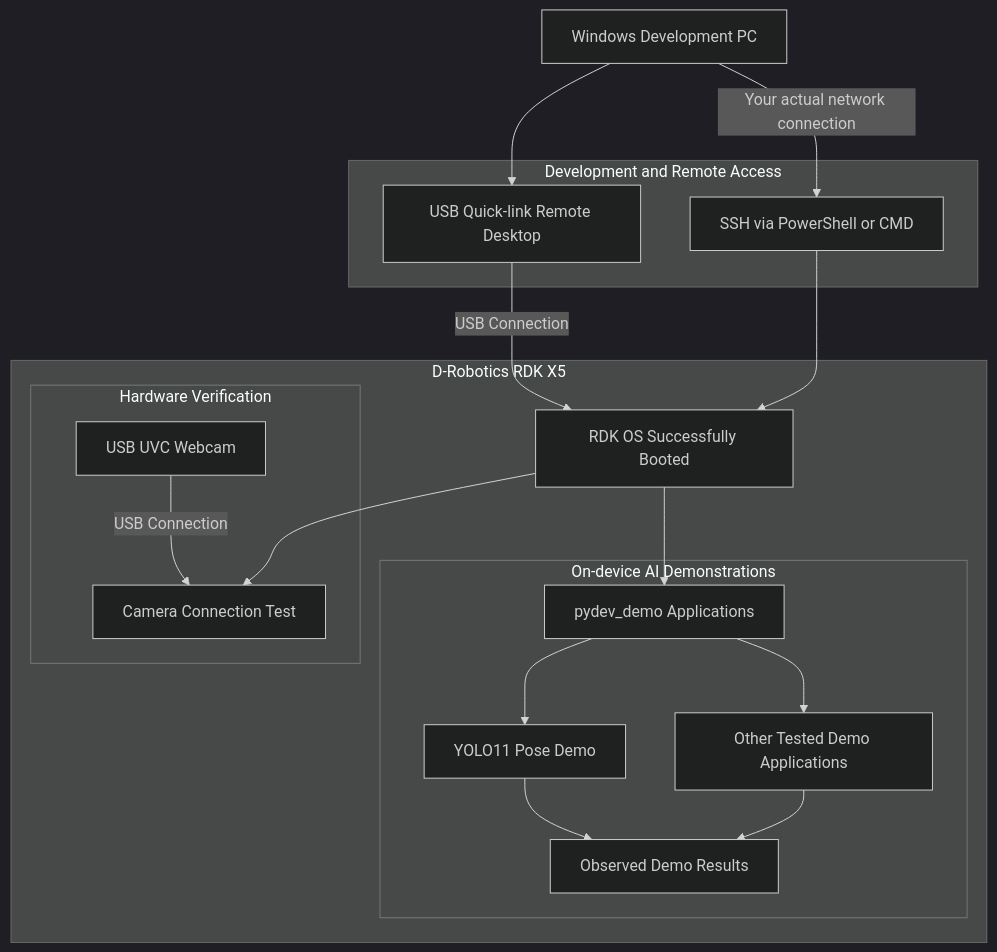
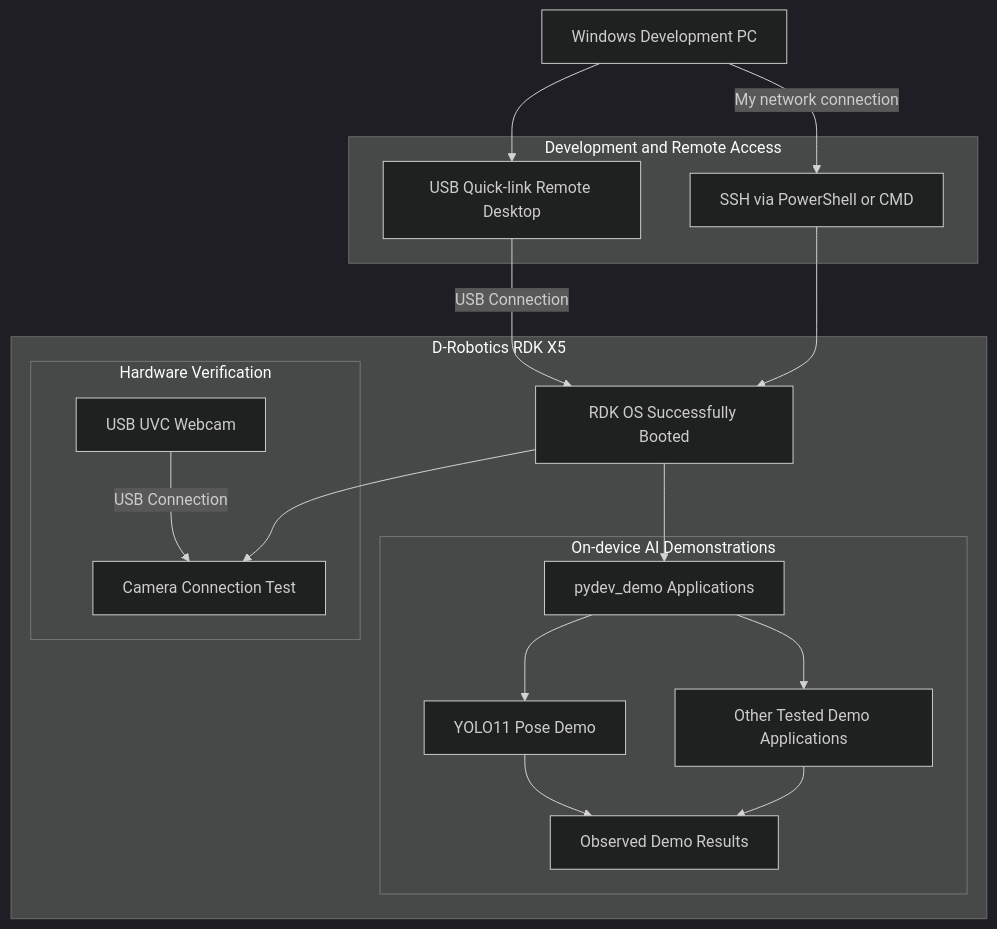
Before and after one commit to D-Robotics/Robotics-Dream-Keeper-Challenge-Winter: the diagram in projects/Mark-Project-rdk-x5-stage1-demo.md, drawn with Mermaid (dark theme).

````diff
--- a/projects/Mark-Project-rdk-x5-stage1-demo.md
+++ b/projects/Mark-Project-rdk-x5-stage1-demo.md
@@ -32,44 +32,44 @@
 ```mermaid
 flowchart TB
 
     PC["Windows Development PC"]
 
     subgraph ACCESS["Development and Remote Access"]
         QUICK["USB Quick-link Remote Desktop"]
         SSH["SSH via PowerShell or CMD"]
     end
 
     subgraph BOARD["D-Robotics RDK X5"]
 
         OS["RDK OS Successfully Booted"]
 
         subgraph HARDWARE["Hardware Verification"]
             CAMERA["USB UVC Webcam"]
             CAMTEST["Camera Connection Test"]
         end
 
         subgraph AI["On-device AI Demonstrations"]
             PYDEV["pydev_demo Applications"]
             YOLO["YOLO11 Pose Demo"]
             OTHER["Other Tested Demo Applications"]
             OUTPUT["Observed Demo Results"]
         end
 
     end
 
     PC --> QUICK
     QUICK -->|"USB Connection"| OS
 
-    PC -->|"Your actual network connection"| SSH
+    PC -->|"My network connection"| SSH
     SSH --> OS
 
     CAMERA -->|"USB Connection"| CAMTEST
     OS --> CAMTEST
 
     OS --> PYDEV
     PYDEV --> YOLO
     PYDEV --> OTHER
 
     YOLO --> OUTPUT
     OTHER --> OUTPUT
 ```
````
